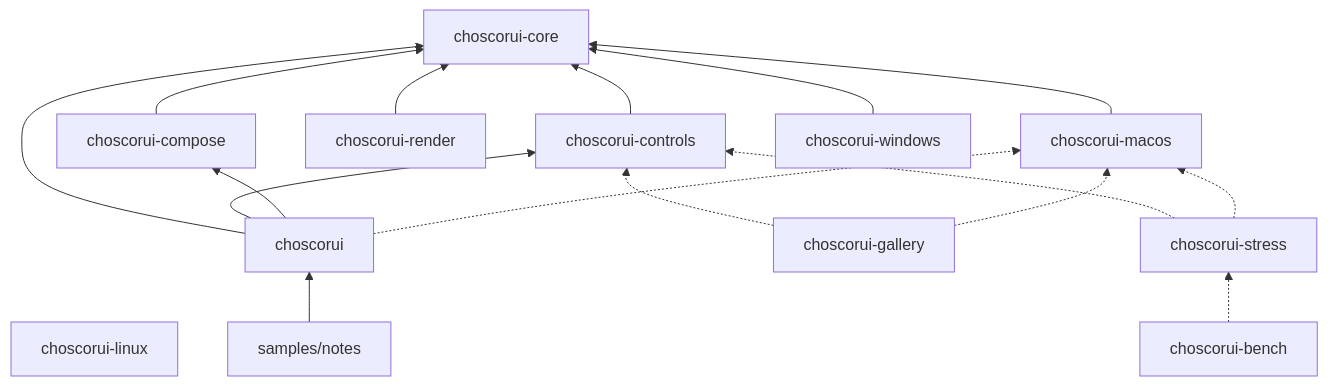
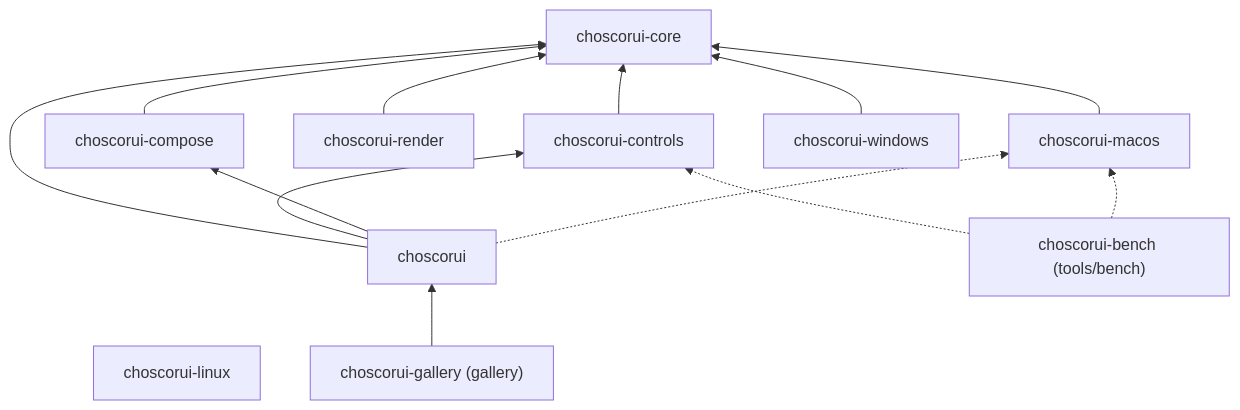
The first of 2 diagrams in docs/architecture.md (choscor/choscorui), drawn with Mermaid before and after one commit. The commit also changed other lines of this file and 10 other files, not shown here.

First line of the commit message:
docs: point the guides at gallery/ and tools/bench

````diff
--- a/docs/architecture.md
+++ b/docs/architecture.md
@@ -99,30 +99,25 @@
 ```mermaid
 flowchart BT
     core["choscorui-core"]
     controls["choscorui-controls"]
     compose["choscorui-compose"]
     render["choscorui-render"]
     macos["choscorui-macos"]
     windows["choscorui-windows"]
     linux["choscorui-linux"]
     facade["choscorui"]
-    gallery["choscorui-gallery"]
-    stress["choscorui-stress"]
-    bench["choscorui-bench"]
-    notes["samples/notes"]
+    gallery["choscorui-gallery (gallery)"]
+    bench["choscorui-bench (tools/bench)"]
     controls --> core
     compose --> core
     render --> core
     macos --> core
     windows --> core
     facade --> core
     facade --> controls
     facade --> compose
     facade -.-> macos
-    gallery -.-> controls
-    gallery -.-> macos
-    stress -.-> controls
-    stress -.-> macos
-    bench -.-> stress
-    notes --> facade
+    gallery --> facade
+    bench -.-> controls
+    bench -.-> macos
 ```
````
